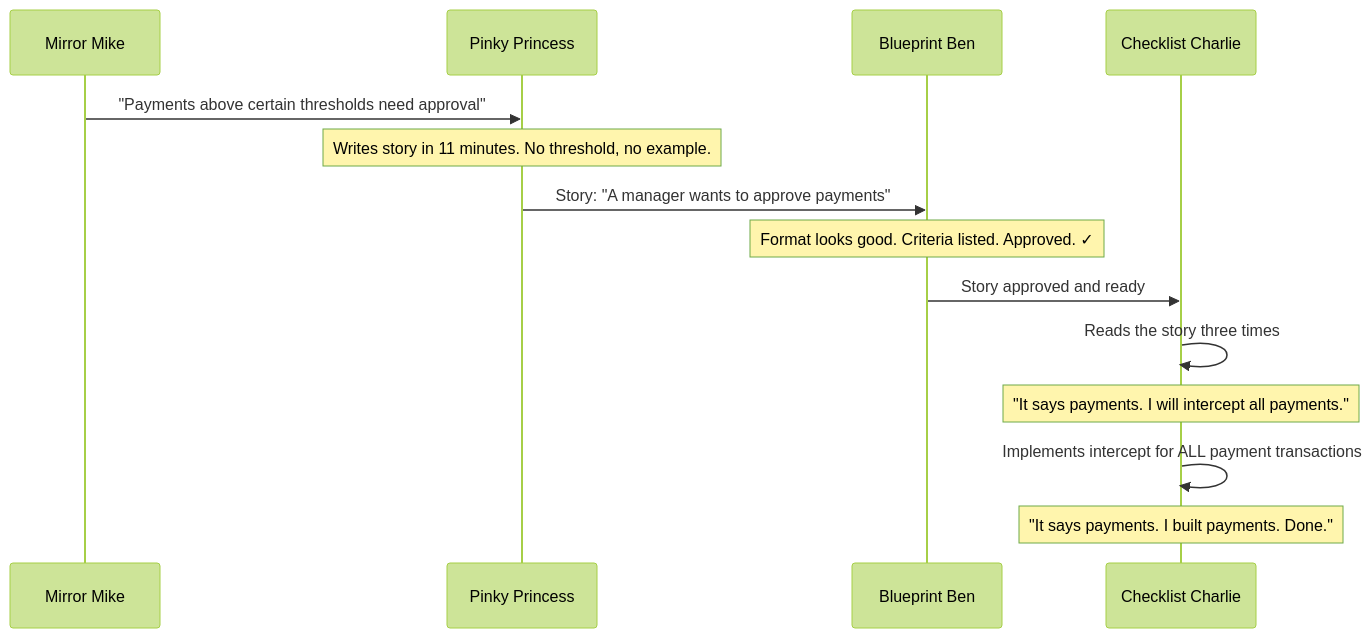
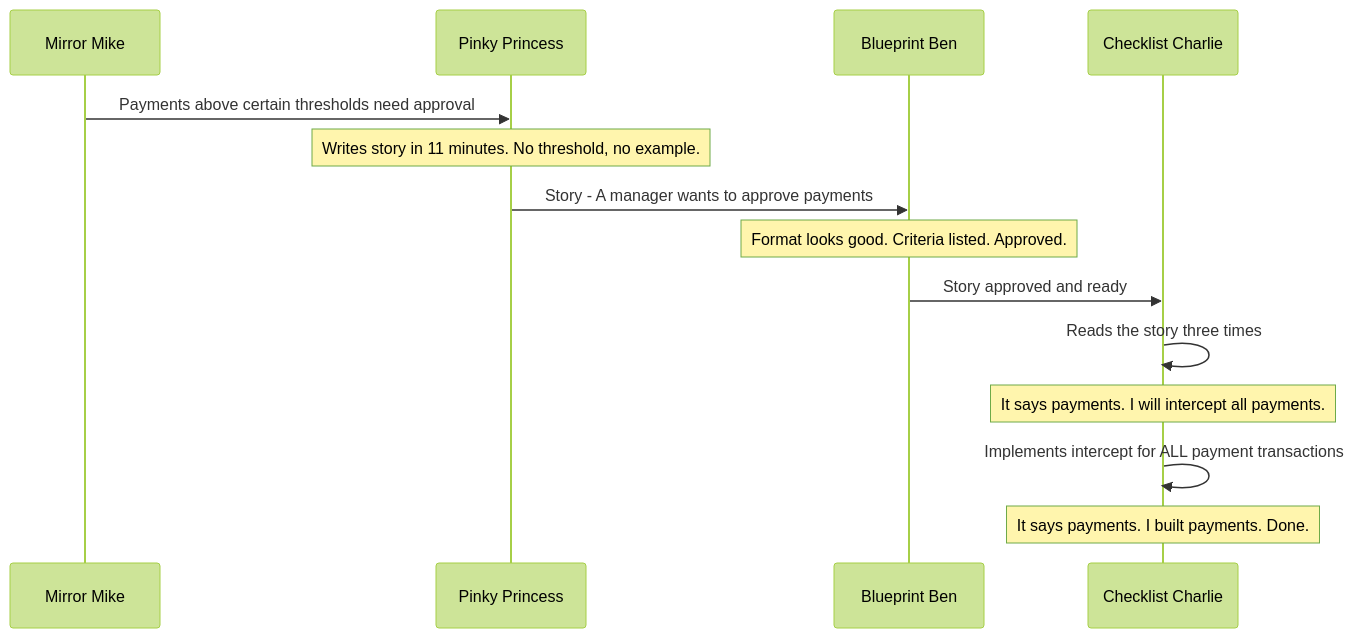
Before and after one commit to truedoctales/truedoctales-4j: the diagram in fairy-doc-tales/02_mirror-stakeholder/01_mirror-stakeholder.md, drawn with Mermaid (forest theme). The commit also changed 6 other files, not shown here.

First line of the commit message:
feat: rename InnoConnect to Ka-Ching Corp and fix mermaid 11 syntax errors

````diff
--- a/fairy-doc-tales/02_mirror-stakeholder/01_mirror-stakeholder.md
+++ b/fairy-doc-tales/02_mirror-stakeholder/01_mirror-stakeholder.md
@@ -165,17 +165,17 @@
 ```mermaid
 sequenceDiagram
     participant MM as Mirror Mike
     participant PP as Pinky Princess
     participant BB as Blueprint Ben
     participant CC as Checklist Charlie
 
-    MM->>PP: "Payments above certain thresholds need approval"
+    MM->>PP: Payments above certain thresholds need approval
     Note over PP: Writes story in 11 minutes. No threshold, no example.
-    PP->>BB: Story: "A manager wants to approve payments"
-    Note over BB: Format looks good. Criteria listed. Approved. ✓
+    PP->>BB: Story - A manager wants to approve payments
+    Note over BB: Format looks good. Criteria listed. Approved.
     BB->>CC: Story approved and ready
     CC->>CC: Reads the story three times
-    Note over CC: "It says payments. I will intercept all payments."
+    Note over CC: It says payments. I will intercept all payments.
     CC->>CC: Implements intercept for ALL payment transactions
-    Note over CC: "It says payments. I built payments. Done."
+    Note over CC: It says payments. I built payments. Done.
 ```
````
